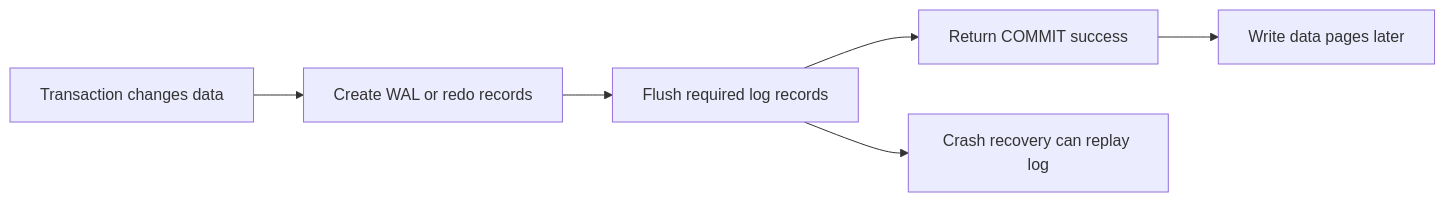
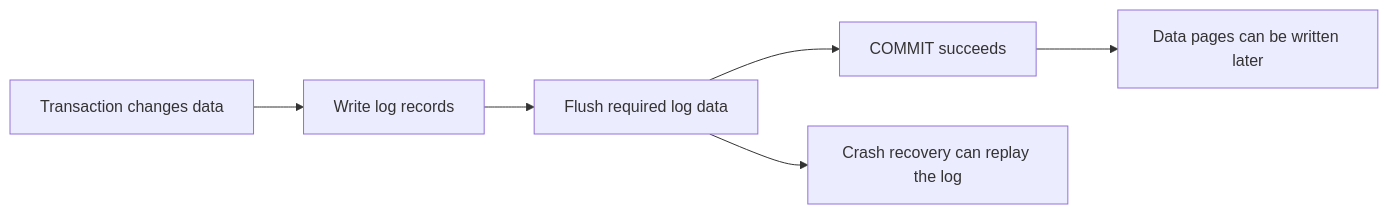
One commit to AvadhBhalodiya/Interview-Preparation changed the third of 5 diagrams in src/content/databases/acid-properties.md. Above: the diagram before and after it, drawn with Mermaid. The commit also changed other lines of this file and 80 other files, not shown here.

````diff
--- a/src/content/databases/acid-properties.md
+++ b/src/content/databases/acid-properties.md
@@ -392,8 +237,8 @@
 ```mermaid
 flowchart LR
-    A[Transaction changes data] --> B[Create WAL or redo records]
-    B --> C[Flush required log records]
-    C --> D[Return COMMIT success]
-    D --> E[Write data pages later]
-    C --> F[Crash recovery can replay log]
+    A[Transaction changes data] --> B[Write log records]
+    B --> C[Flush required log data]
+    C --> D[COMMIT succeeds]
+    D --> E[Data pages can be written later]
+    C --> F[Crash recovery can replay the log]
 ```
````
